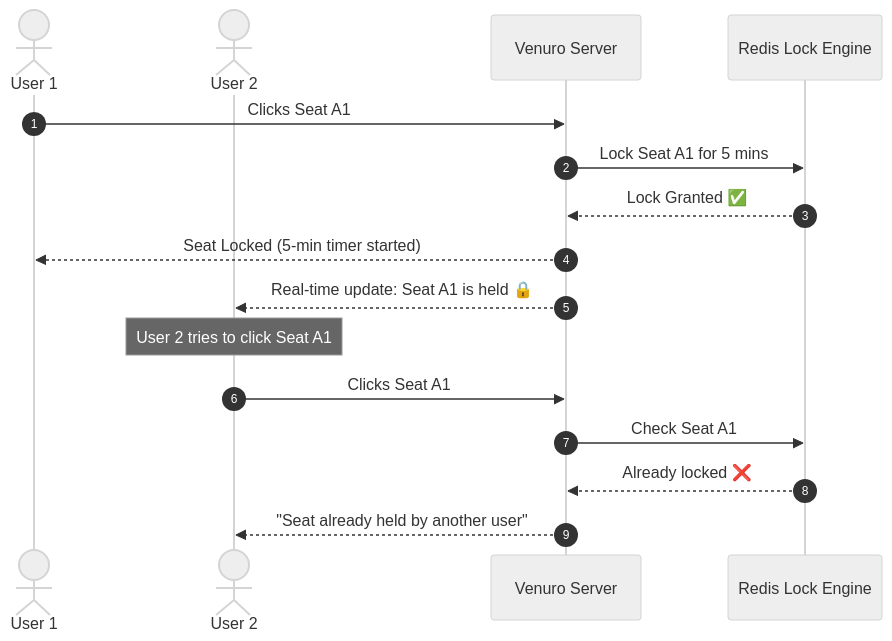
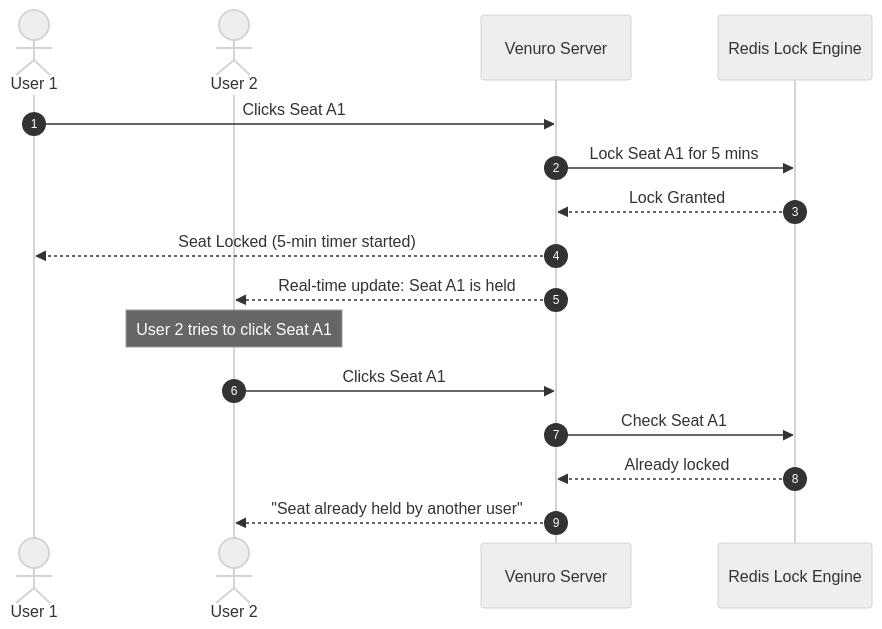
One commit to vishwambhar-kinage/venuro changed the second of 2 diagrams in README.md. Above: the diagram before and after it, drawn with Mermaid (neutral theme). The commit also changed other lines of this file, not shown here.

````diff
--- a/README.md
+++ b/README.md
@@ -46,20 +46,20 @@
 ```mermaid
 sequenceDiagram
     autonumber
     actor User1 as User 1
     actor User2 as User 2
     participant Server as Venuro Server
     participant Redis as Redis Lock Engine
 
     User1->>Server: Clicks Seat A1
     Server->>Redis: Lock Seat A1 for 5 mins
-    Redis-->>Server: Lock Granted ✅
+    Redis-->>Server: Lock Granted 
     Server-->>User1: Seat Locked (5-min timer started)
-    Server-->>User2: Real-time update: Seat A1 is held 🔒
+    Server-->>User2: Real-time update: Seat A1 is held 
 
     Note over User2: User 2 tries to click Seat A1
     User2->>Server: Clicks Seat A1
     Server->>Redis: Check Seat A1
-    Redis-->>Server: Already locked ❌
+    Redis-->>Server: Already locked 
     Server-->>User2: "Seat already held by another user"
 ```
````
